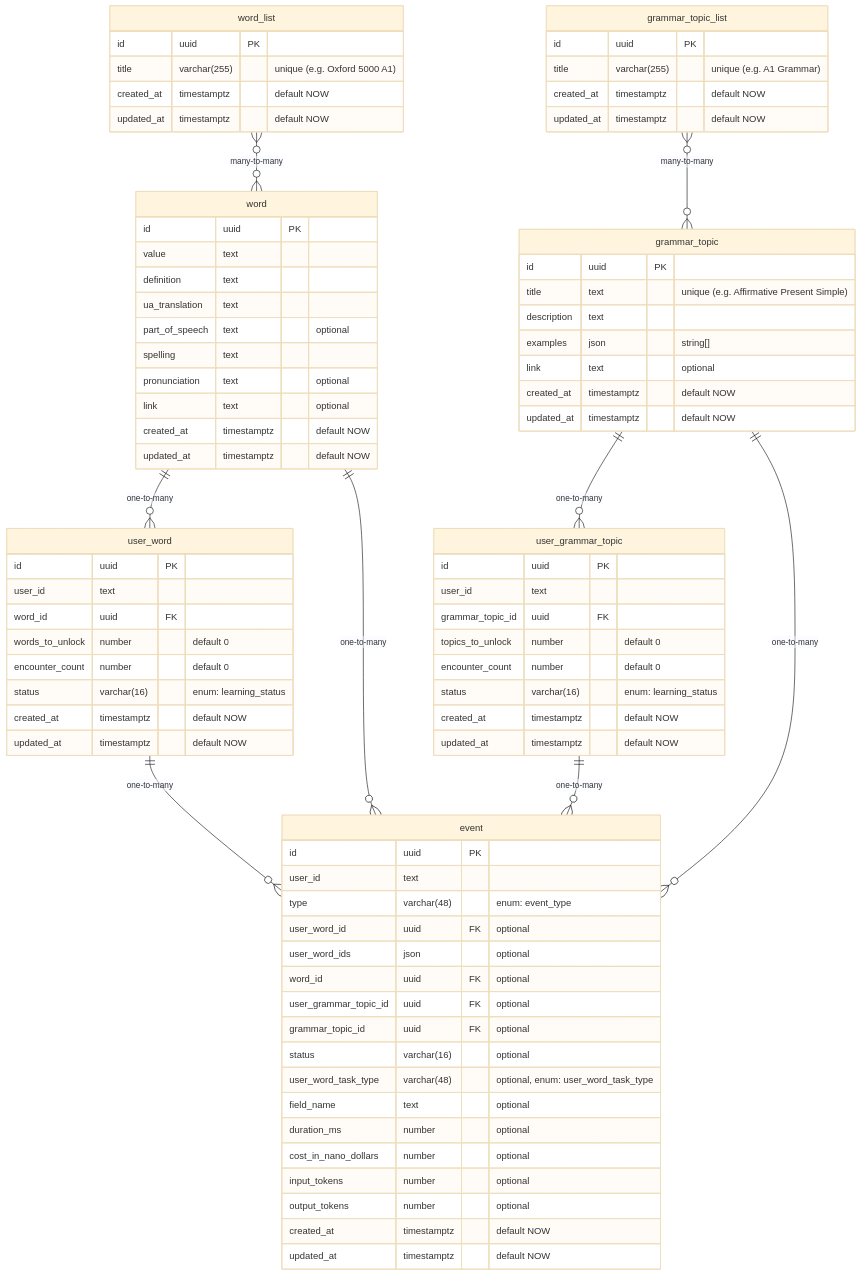
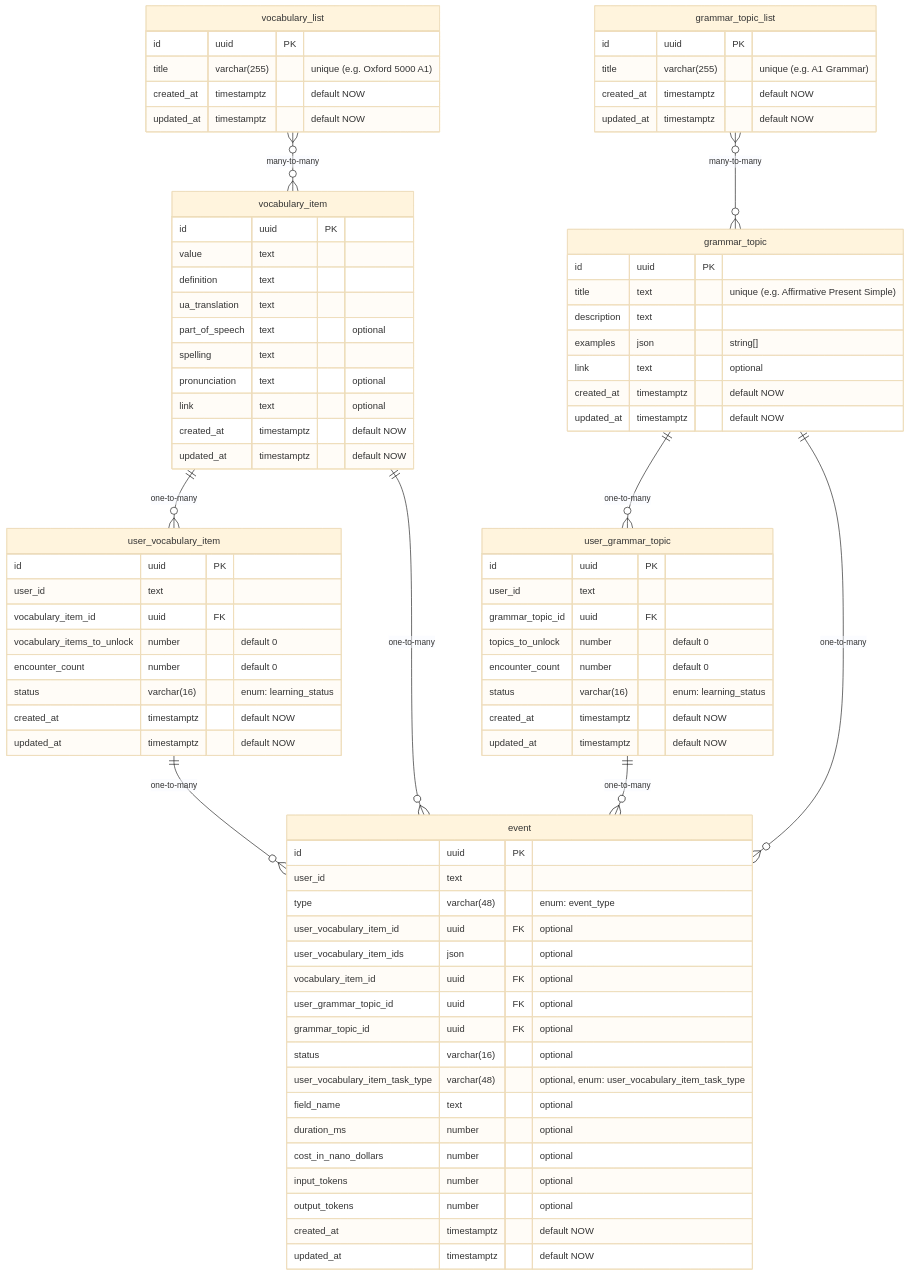
Before and after one commit to allohamora/learn-helper: the diagram in docs/database-design.md, drawn with Mermaid (base theme). The commit also changed other lines of this file, not shown here.

Commit message:
docs: rename word to vocabulary_item

````diff
--- a/docs/database-design.md
+++ b/docs/database-design.md
@@ -3,6 +3,6 @@
 ```mermaid
 erDiagram
-    word {
+    vocabulary_item {
         id uuid PK
         value text
         definition text
@@ -25,7 +25,7 @@
         updated_at timestamptz "default NOW"
     }
 
-    word_list {
+    vocabulary_list {
         id uuid PK
         title varchar(255) "unique (e.g. Oxford 5000 A1)"
         created_at timestamptz "default NOW"
@@ -39,11 +39,11 @@
         updated_at timestamptz "default NOW"
     }
 
-    user_word {
+    user_vocabulary_item {
         id uuid PK
         user_id text
-        word_id uuid FK
-        words_to_unlock number "default 0"
+        vocabulary_item_id uuid FK
+        vocabulary_items_to_unlock number "default 0"
         encounter_count number "default 0"
         status varchar(16) "enum: learning_status"
         created_at timestamptz "default NOW"
@@ -65,13 +65,13 @@
         id uuid PK
         user_id text
         type varchar(48) "enum: event_type"
-        user_word_id uuid FK "optional"
-        user_word_ids json "optional"
-        word_id uuid FK "optional"
+        user_vocabulary_item_id uuid FK "optional"
+        user_vocabulary_item_ids json "optional"
+        vocabulary_item_id uuid FK "optional"
         user_grammar_topic_id uuid FK "optional"
         grammar_topic_id uuid FK "optional"
         status varchar(16) "optional"
-        user_word_task_type varchar(48) "optional, enum: user_word_task_type"
+        user_vocabulary_item_task_type varchar(48) "optional, enum: user_vocabulary_item_task_type"
         field_name text "optional"
         duration_ms number "optional"
         cost_in_nano_dollars number "optional"
@@ -81,12 +81,12 @@
         updated_at timestamptz "default NOW"
     }
 
-    word_list }o--o{ word : "many-to-many"
+    vocabulary_list }o--o{ vocabulary_item : "many-to-many"
     grammar_topic_list }o--o{ grammar_topic : "many-to-many"
-    word ||--o{ user_word : "one-to-many"
+    vocabulary_item ||--o{ user_vocabulary_item : "one-to-many"
     grammar_topic ||--o{ user_grammar_topic : "one-to-many"
-    user_word ||--o{ event : "one-to-many"
+    user_vocabulary_item ||--o{ event : "one-to-many"
     user_grammar_topic ||--o{ event : "one-to-many"
-    word ||--o{ event : "one-to-many"
+    vocabulary_item ||--o{ event : "one-to-many"
     grammar_topic ||--o{ event : "one-to-many"
 ```
````
